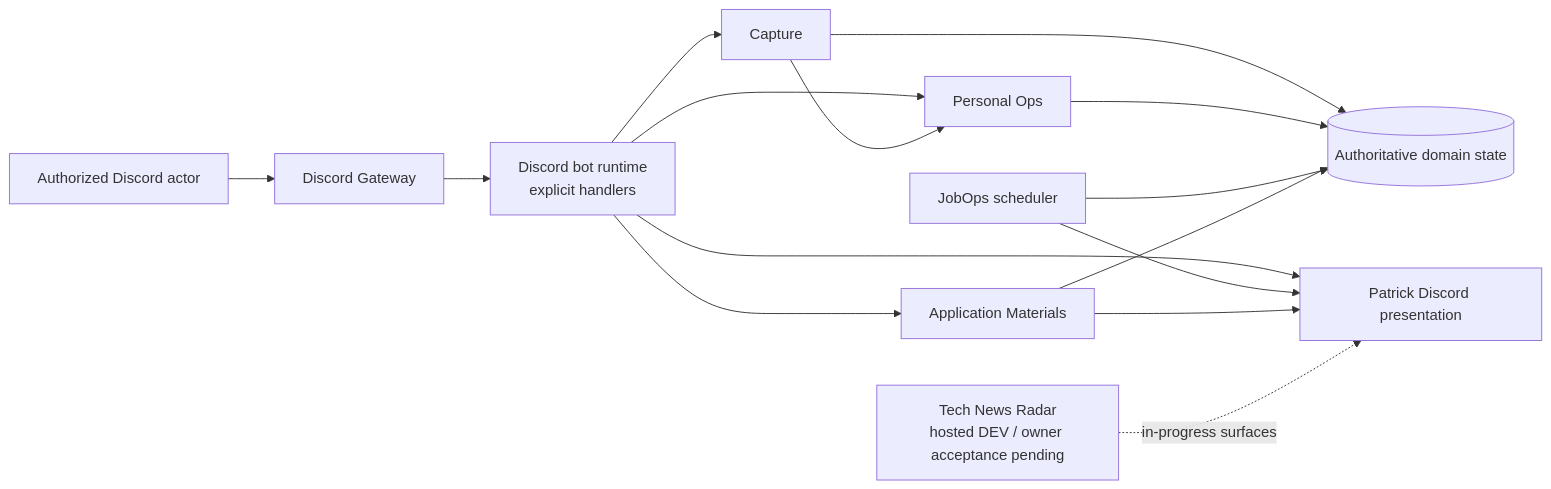
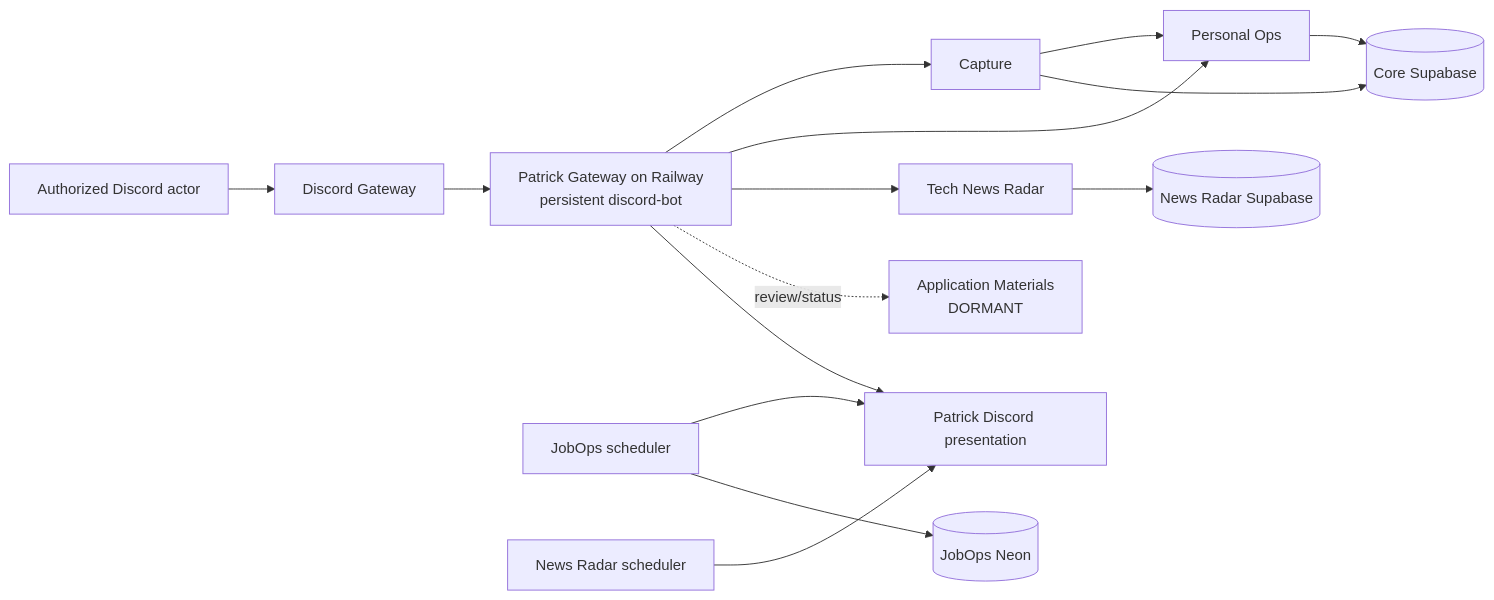
One commit to the-pirated-sardar/prateek-project-docs changed the second of 6 diagrams in prateek-os-docs/patrick/study-guide.md. Above: the diagram before and after it, drawn with Mermaid. The commit also changed other lines of this file and 42 other files, not shown here.

````diff
--- a/prateek-os-docs/patrick/study-guide.md
+++ b/prateek-os-docs/patrick/study-guide.md
@@ -54,14 +54,16 @@
 ```mermaid
 flowchart LR
     U[Authorized Discord actor] --> G[Discord Gateway]
-    G --> D[Discord bot runtime<br/>explicit handlers]
+    G --> D[Patrick Gateway on Railway<br/>persistent discord-bot]
     D --> C[Capture]
     D --> PO[Personal Ops]
-    D --> AM[Application Materials]
+    D --> N1[Tech News Radar]
+    D -. review/status .-> AM[Application Materials\nDORMANT]
     D --> PD[Patrick Discord presentation]
     JO[JobOps scheduler] --> PD
-    AM --> PD
+    N1Scheduler[News Radar scheduler] --> PD
     C --> PO
-    C & PO & JO & AM --> DB[(Authoritative domain state)]
-    N1[Tech News Radar<br/>hosted DEV / owner acceptance pending] -. in-progress surfaces .-> PD
+    C & PO --> CoreDB[(Core Supabase)]
+    JO --> NeonDB[(JobOps Neon)]
+    N1 --> NewsDB[(News Radar Supabase)]
 ```
````
